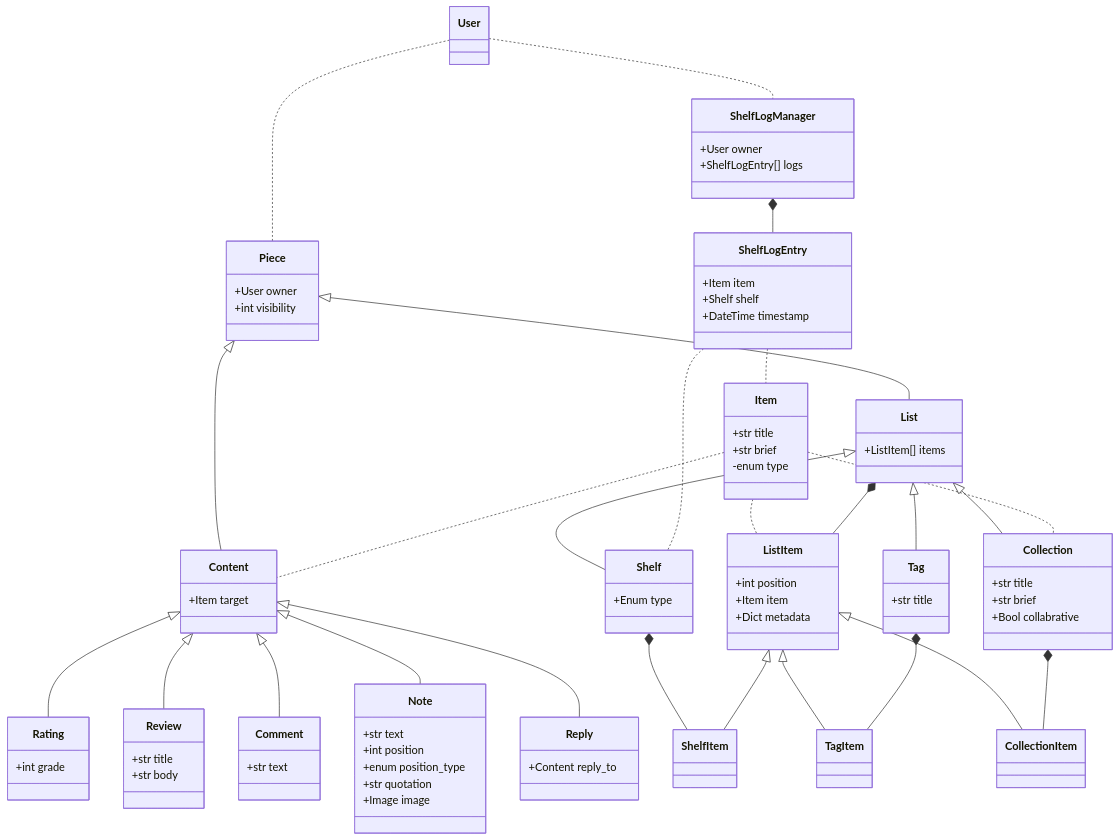
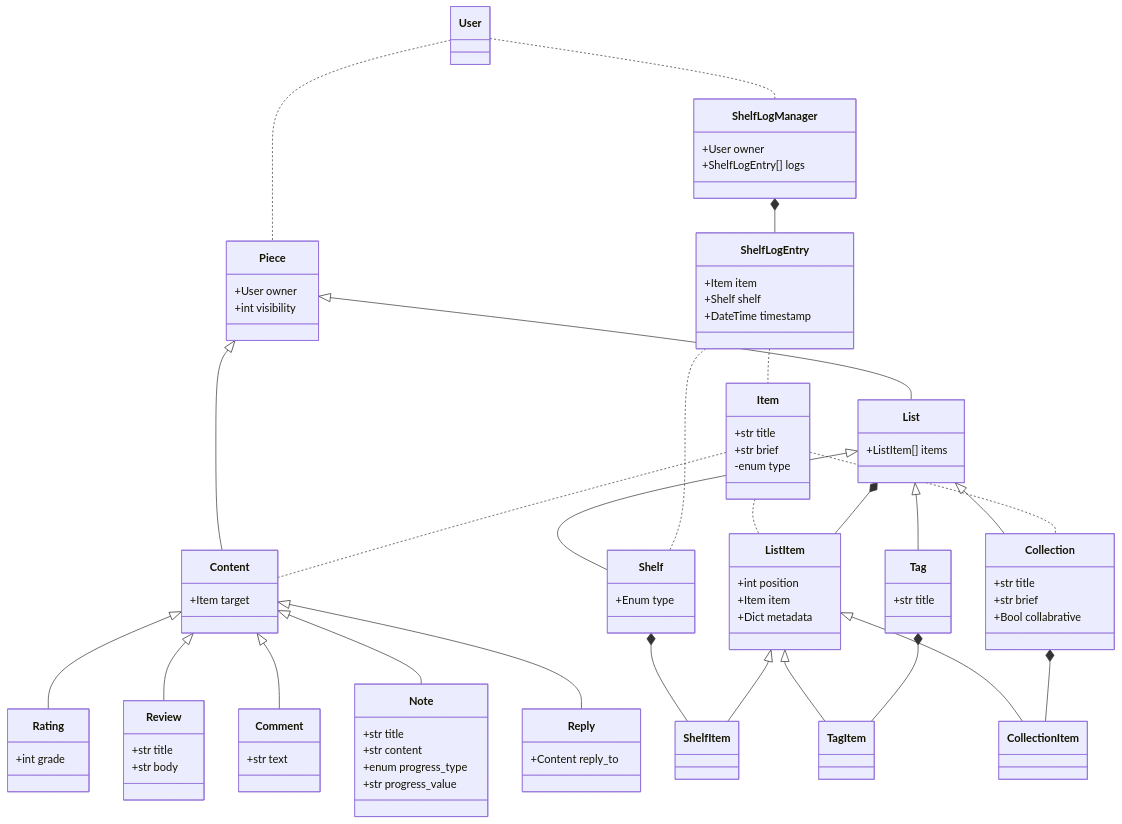
Before and after one commit to yao-yun/neodb: the diagram in docs/internals/journal.md, drawn with Mermaid. The commit also changed 2 other files, not shown here.

Commit message:
more docs

```diff
--- a/docs/internals/journal.md
+++ b/docs/internals/journal.md
@@ -38,11 +38,10 @@
 }
 Content <|-- Note
 class Note {
-    +str text
-    +int position
-    +enum position_type
-    +str quotation
-    +Image image
+    +str title
+    +str content
+    +enum progress_type
+    +str progress_value
 
 }
 Content <|-- Reply
```
